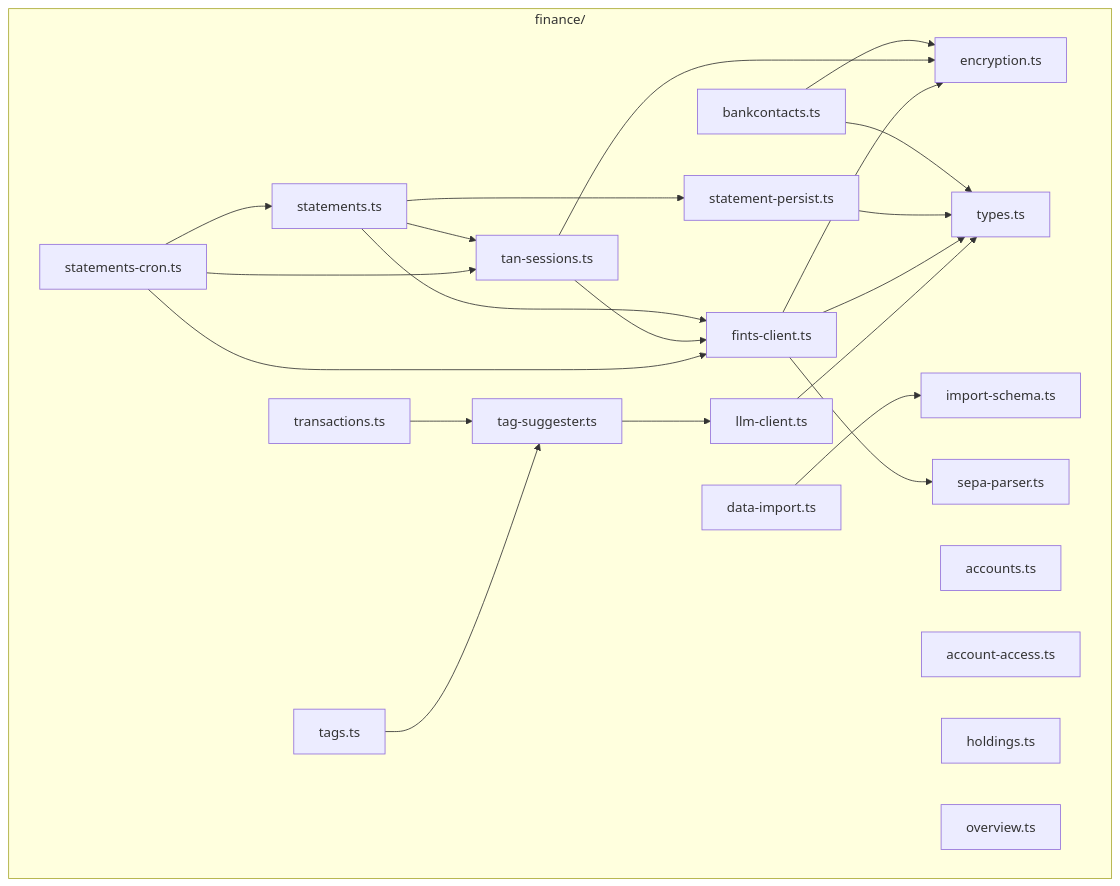
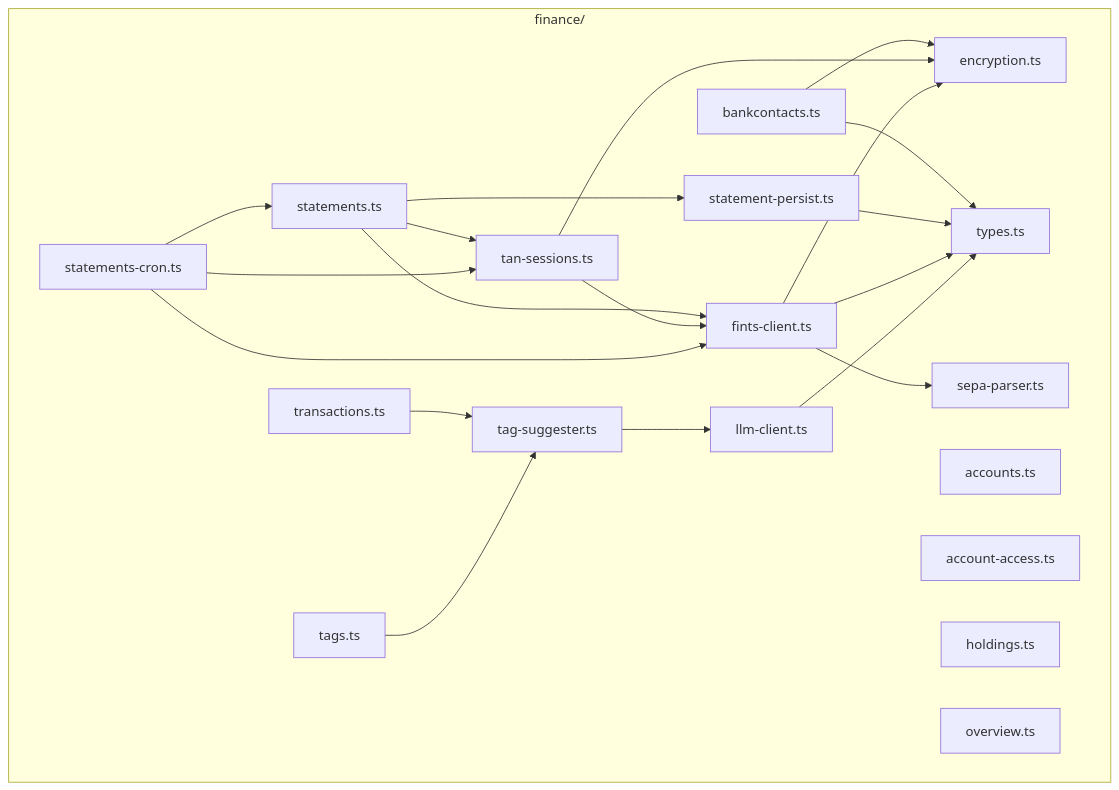
Before and after one commit to as19git67/fk-encore: the diagram in documentation/finance-service-layout.md, drawn with Mermaid. The commit also changed other lines of this file and 22 other files, not shown here.

````diff
--- a/documentation/finance-service-layout.md
+++ b/documentation/finance-service-layout.md
@@ -129,45 +123,42 @@
 ```mermaid
 graph TD
   subgraph finance/
     BC[bankcontacts.ts]
     AC[accounts.ts]
     AA[account-access.ts]
     ST[statements.ts]
     SP[statement-persist.ts]
     TS[tan-sessions.ts]
     TX[transactions.ts]
     TG[tags.ts]
-    DI[data-import.ts]
     CR[statements-cron.ts]
     HO[holdings.ts]
     OV[overview.ts]
     SE[sepa-parser.ts]
 
     FC[fints-client.ts]
     EN[encryption.ts]
     LC[llm-client.ts]
     SU[tag-suggester.ts]
-    IS[import-schema.ts]
     TY[types.ts]
   end
 
   BC --> EN
   BC --> TY
   ST --> FC
   ST --> TS
   ST --> SP
   SP --> TY
   TS --> FC
   TS --> EN
   CR --> FC
   CR --> ST
   CR --> TS
   TX --> SU
   SU --> LC
   TG --> SU
-  DI --> IS
   FC --> EN
   FC --> TY
   FC --> SE
   LC --> TY
 ```
````
